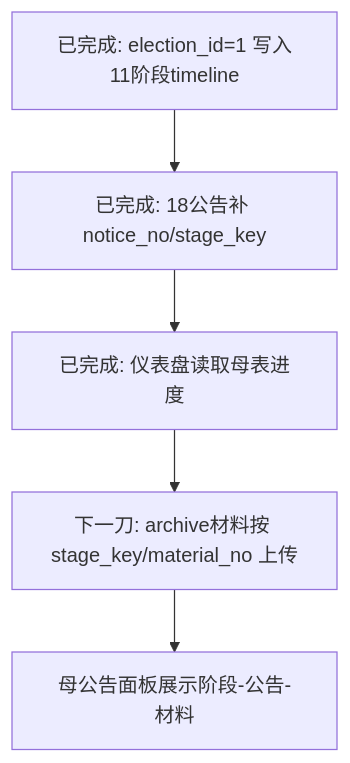
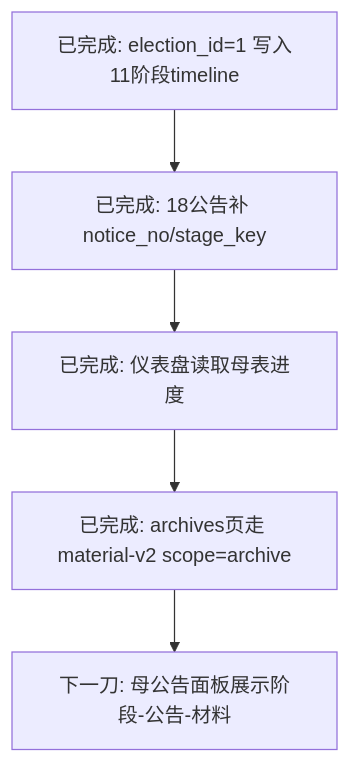
Before and after one commit to 4xiaxia/election-v2: the third of 3 diagrams in 副船长的航海接力日志/当前接力图.md, drawn with Mermaid. The commit also changed 3 other files, not shown here.

````diff
--- a/副船长的航海接力日志/当前接力图.md
+++ b/副船长的航海接力日志/当前接力图.md
@@ -39,7 +39,7 @@
 ```mermaid
 flowchart TD
     A[已完成: election_id=1 写入11阶段timeline] --> B[已完成: 18公告补 notice_no/stage_key]
     B --> C[已完成: 仪表盘读取母表进度]
-    C --> D[下一刀: archive材料按 stage_key/material_no 上传]
-    D --> E[母公告面板展示阶段-公告-材料]
+    C --> D[已完成: archives页走 material-v2 scope=archive]
+    D --> E[下一刀: 母公告面板展示阶段-公告-材料]
 ```
````
